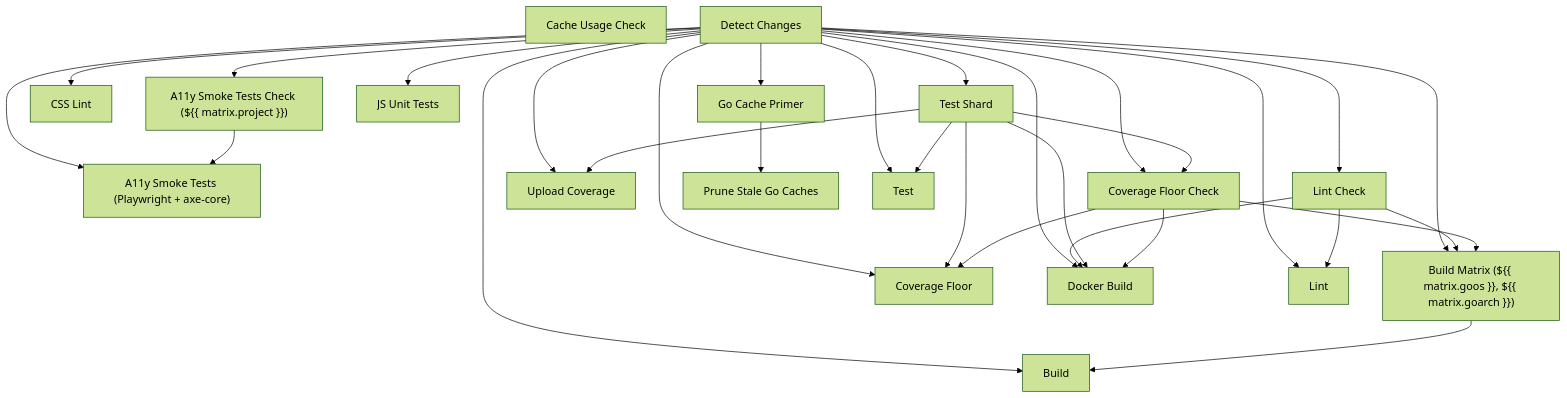
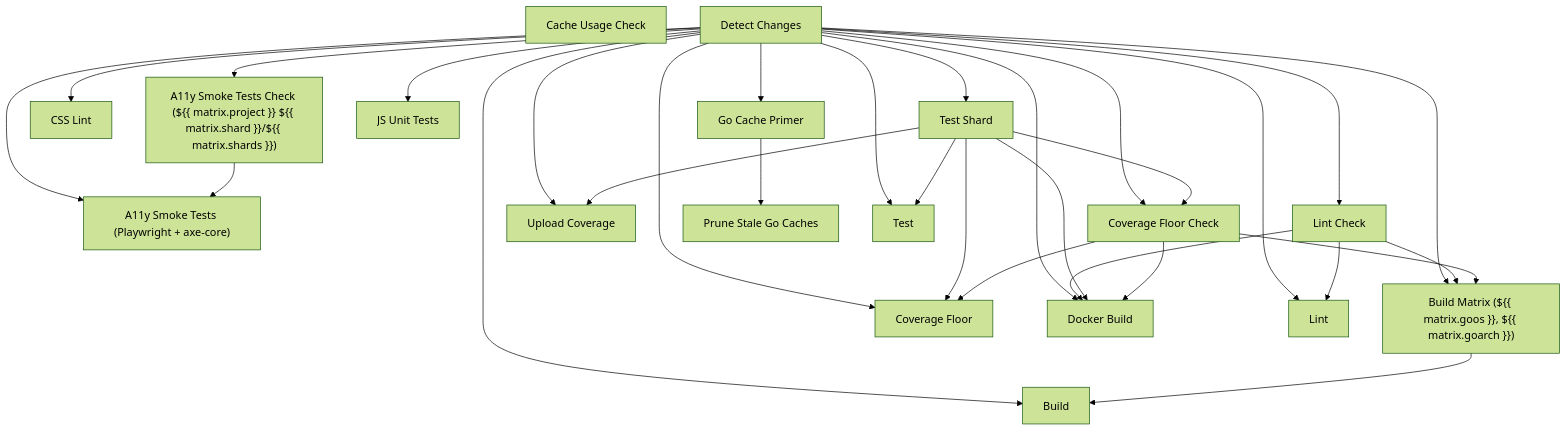
Before and after one commit to sydlexius/stillwater: the diagram in docs/_generated/ci-reference.md, drawn with Mermaid (forest theme). The commit also changed 12 other files, not shown here.

````diff
--- a/docs/_generated/ci-reference.md
+++ b/docs/_generated/ci-reference.md
@@ -9,51 +9,51 @@
 ```mermaid
 flowchart TD
     a11y_summary["A11y Smoke Tests (Playwright + axe-core)"]
-    a11y_test["A11y Smoke Tests Check (${{ matrix.project }})"]
+    a11y_test["A11y Smoke Tests Check (${{ matrix.project }} ${{ matrix.shard }}/${{ matrix.shards }})"]
     build["Build"]
     build_matrix["Build Matrix (${{ matrix.goos }}, ${{ matrix.goarch }})"]
     cache_usage["Cache Usage Check"]
     changes["Detect Changes"]
     coverage_floor["Coverage Floor Check"]
     coverage_floor_summary["Coverage Floor"]
     coverage_upload["Upload Coverage"]
     css_lint["CSS Lint"]
     docker["Docker Build"]
     go_cache_primer["Go Cache Primer"]
     js_test["JS Unit Tests"]
     lint["Lint Check"]
     lint_summary["Lint"]
     prune_go_caches["Prune Stale Go Caches"]
     test["Test Shard"]
     test_summary["Test"]
 
     changes --> a11y_summary
     a11y_test --> a11y_summary
     changes --> a11y_test
     changes --> build
     build_matrix --> build
     changes --> build_matrix
     lint --> build_matrix
     coverage_floor --> build_matrix
     changes --> coverage_floor
     test --> coverage_floor
     changes --> coverage_floor_summary
     test --> coverage_floor_summary
     coverage_floor --> coverage_floor_summary
     changes --> coverage_upload
     test --> coverage_upload
     changes --> css_lint
     changes --> docker
     lint --> docker
     test --> docker
     coverage_floor --> docker
     changes --> go_cache_primer
     changes --> js_test
     changes --> lint
     changes --> lint_summary
     lint --> lint_summary
     go_cache_primer --> prune_go_caches
     changes --> test
     changes --> test_summary
     test --> test_summary
 ```
````
